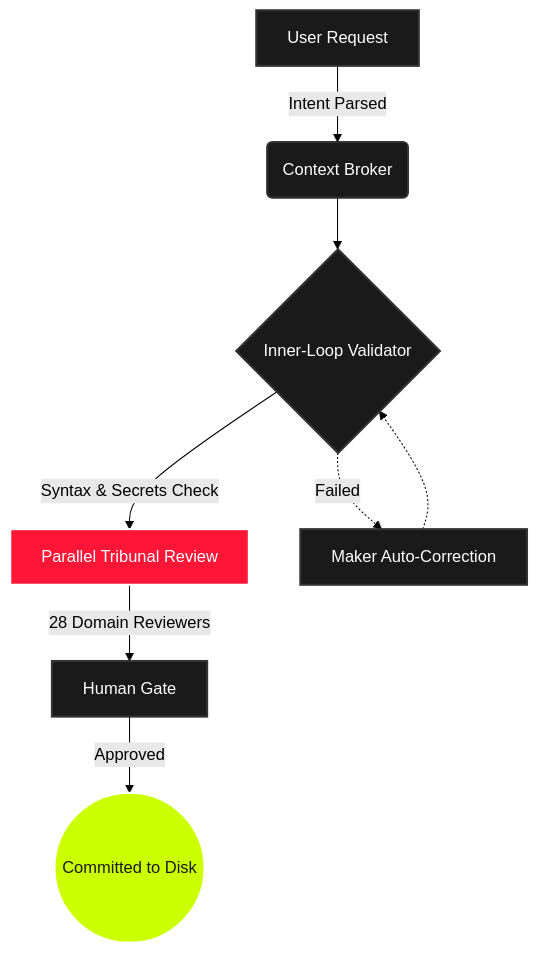
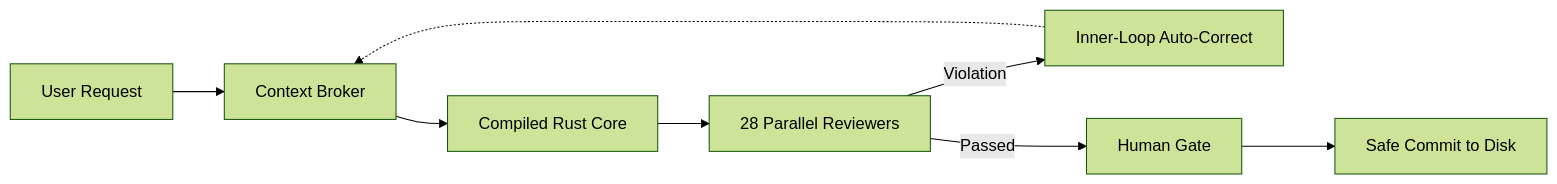
The diagram in README.md (Harmitx7/tribunal-kit), drawn with Mermaid (forest theme) before and after one commit. The commit also changed other lines of this file and 6 other files, not shown here.

````diff
--- a/README.md
+++ b/README.md
@@ -336,19 +335,10 @@
 ```mermaid
-graph TD
-    A[User Request] -->|Intent Parsed| B(Context Broker)
-    B --> C{Inner-Loop Validator}
-
-    C -->|Syntax & Secrets Check| D[Parallel Tribunal Review]
-    C -.->|Failed| E[Maker Auto-Correction]
-    E -.-> C
-
-    D -->|28 Domain Reviewers| F[Human Gate]
-    F -->|Approved| G((Committed to Disk))
-
-    classDef default fill:#1a1a1a,stroke:#333,stroke-width:2px,color:#fff;
-    classDef critical fill:#ff1637,stroke:#fff,stroke-width:2px,color:#fff;
-    classDef success fill:#ccff00,stroke:#fff,stroke-width:2px,color:#1a1a1a;
-
-    class D critical;
-    class G success;
+graph LR
+    A[User Request] --> B[Context Broker]
+    B --> C[Compiled Rust Core]
+    C --> D[28 Parallel Reviewers]
+    D -->|Violation| E[Inner-Loop Auto-Correct]
+    E -.-> B
+    D -->|Passed| F[Human Gate]
+    F --> G[Safe Commit to Disk]
 ```
````
